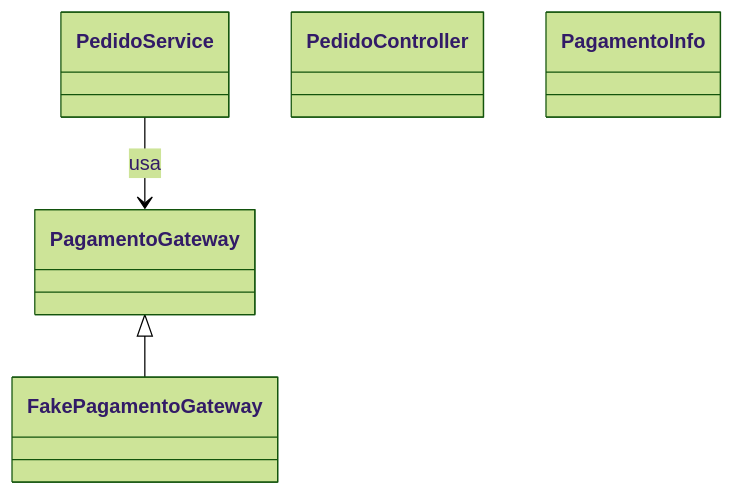
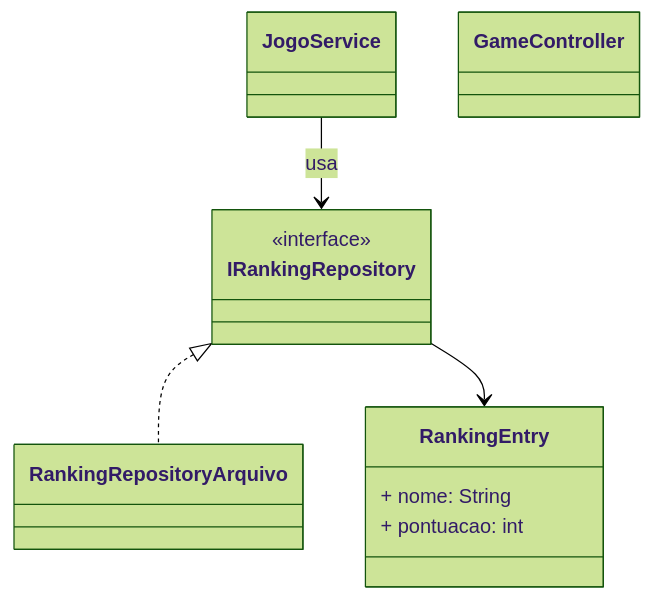
One commit to ProfBezerra/T200-ProjArqSist changed the second of 2 diagrams in missaoMarteUnifor/grasp/apostilas-grasp/introducao.md. Above: the diagram before and after it, drawn with Mermaid (forest theme). The commit also changed other lines of this file and 10 other files, not shown here.

````diff
--- a/missaoMarteUnifor/grasp/apostilas-grasp/introducao.md
+++ b/missaoMarteUnifor/grasp/apostilas-grasp/introducao.md
@@ -85,11 +97,17 @@
 ```mermaid
 classDiagram
-  class PedidoService
-  class PedidoController
-  interface PagamentoGateway
-  class PagamentoInfo
-  class FakePagamentoGateway
+  class JogoService
+  class GameController
+  class IRankingRepository {
+    <<interface>>
+  }
+  class RankingEntry {
+    + nome: String
+    + pontuacao: int
+  }
+  class RankingRepositoryArquivo
 
-  PedidoService --> PagamentoGateway : usa
-  PagamentoGateway <|-- FakePagamentoGateway
+  JogoService --> IRankingRepository : usa
+  IRankingRepository <|.. RankingRepositoryArquivo
+  IRankingRepository --> RankingEntry
 ```
````
